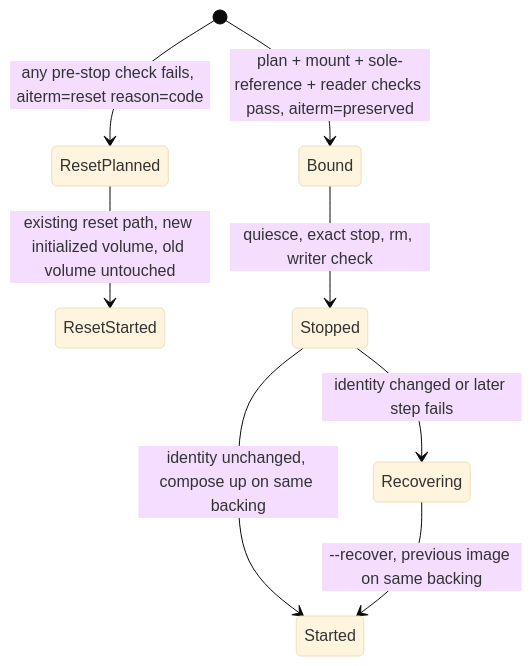
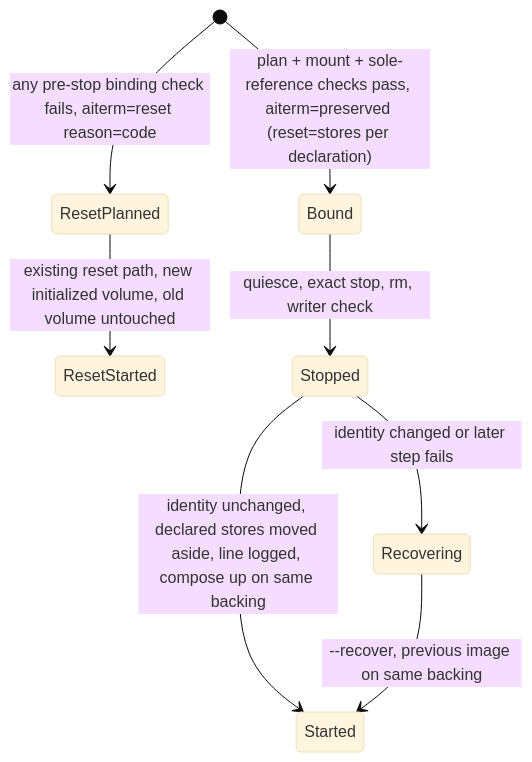
Before and after one commit to kitepon/BellTeam: the seventh of 8 diagrams in docs/architecture/modules/runtime/container-update-bundled.md, drawn with Mermaid (base theme). The commit also changed other lines of this file and 6 other files, not shown here.

````diff
--- a/docs/architecture/modules/runtime/container-update-bundled.md
+++ b/docs/architecture/modules/runtime/container-update-bundled.md
@@ -190,10 +190,10 @@
 ```mermaid
 stateDiagram-v2
-  [*] --> Bound: plan + mount + sole-reference + reader checks pass, aiterm=preserved
-  [*] --> ResetPlanned: any pre-stop check fails, aiterm=reset reason=code
+  [*] --> Bound: plan + mount + sole-reference checks pass, aiterm=preserved (reset=stores per declaration)
+  [*] --> ResetPlanned: any pre-stop binding check fails, aiterm=reset reason=code
   ResetPlanned --> ResetStarted: existing reset path, new initialized volume, old volume untouched
   Bound --> Stopped: quiesce, exact stop, rm, writer check
-  Stopped --> Started: identity unchanged, compose up on same backing
+  Stopped --> Started: identity unchanged, declared stores moved aside, line logged, compose up on same backing
   Stopped --> Recovering: identity changed or later step fails
   Recovering --> Started: --recover, previous image on same backing
 ```
````
